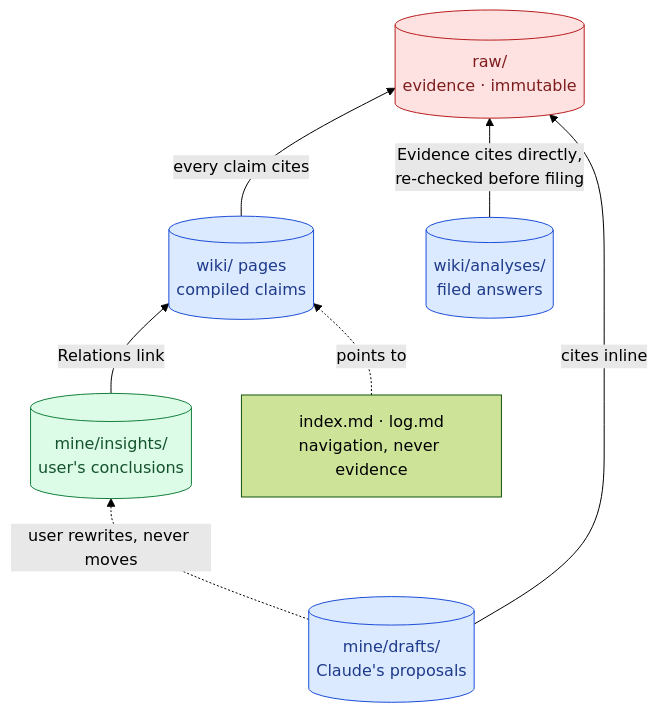
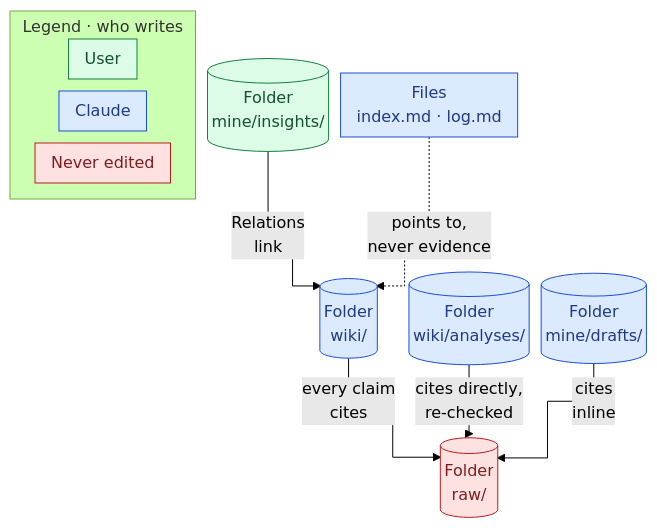
Diagram 11 of 16 in mine/projects/thinking-system/23 Product Requirements.md (quocnguyen13/second-brain), drawn with Mermaid (forest theme) before and after one commit. The commit also changed other lines of this file and 5 other files, not shown here.

````diff
--- a/mine/projects/thinking-system/23 Product Requirements.md
+++ b/mine/projects/thinking-system/23 Product Requirements.md
@@ -712,21 +774,24 @@
 ```mermaid
-flowchart BT
-    RW[("raw/<br/>evidence · immutable")]
-    WK[("wiki/ pages<br/>compiled claims")]
-    AN[("wiki/analyses/<br/>filed answers")]
-    DR[("mine/drafts/<br/>Claude's proposals")]
-    IS[("mine/insights/<br/>user's conclusions")]
-    NV["index.md · log.md<br/>navigation, never evidence"]
-    WK -->|"every claim cites"| RW
-    AN -->|"Evidence cites directly,<br/>re-checked before filing"| RW
-    DR -->|"cites inline"| RW
-    IS -->|"Relations link"| WK
-    DR -.->|"user rewrites, never moves"| IS
-    NV -.->|"points to"| WK
+%%{init: {"flowchart": {"curve": "step", "useMaxWidth": true, "nodeSpacing": 12, "rankSpacing": 25, "padding": 8, "subGraphTitleMargin": {"top": 4, "bottom": 8}}}}%%
+flowchart TB
+    subgraph LEG["Legend · who writes"]
+        direction LR
+        K1["User"]:::us
+        K2["Claude"]:::cl
+        K3["Never edited"]:::ev
+    end
+    IS[("Folder<br/>mine/insights/")]:::us
+    DR[("Folder<br/>mine/drafts/")]:::cl
+    NV["Files<br/>index.md · log.md"]:::cl
+    WK[("Folder<br/>wiki/")]:::cl
+    AN[("Folder<br/>wiki/analyses/")]:::cl
+    RW[("Folder<br/>raw/")]:::ev
+    IS -->|"Relations<br/>link"| WK
+    NV -.->|"points to,<br/>never evidence"| WK
+    WK -->|"every claim<br/>cites"| RW
+    AN -->|"cites directly,<br/>re-checked"| RW
+    DR -->|"cites<br/>inline"| RW
     classDef ev fill:#fee2e2,stroke:#b91c1c,color:#7f1d1d
     classDef cl fill:#dbeafe,stroke:#1d4ed8,color:#1e3a8a
     classDef us fill:#dcfce7,stroke:#15803d,color:#14532d
-    class RW ev
-    class WK,AN,DR cl
-    class IS us
 ```
````
